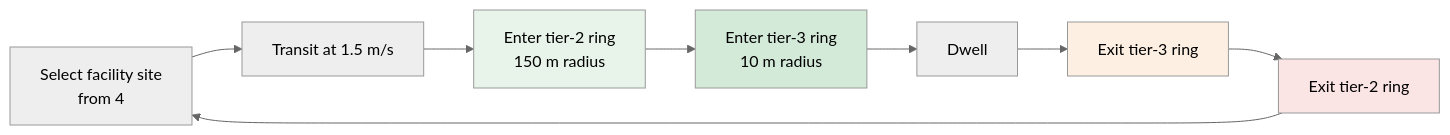
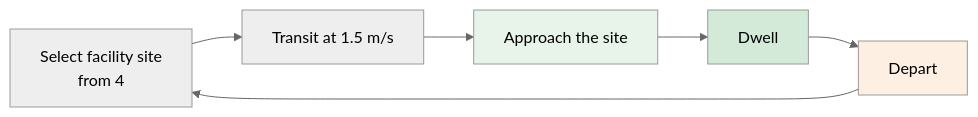
The first of 4 diagrams in Simulation.md (YKushal-hub/ca-tbl-localization), drawn with Mermaid (neutral theme) before and after one commit. The commit also changed other lines of this file and 3 other files, not shown here.

````diff
--- a/Simulation.md
+++ b/Simulation.md
@@ -104,14 +127,11 @@
 ```mermaid
 flowchart LR
     A["Select facility site<br/>from 4"] --> B["Transit at 1.5 m/s"]
-    B --> C["Enter tier-2 ring<br/>150 m radius"]
-    C --> D["Enter tier-3 ring<br/>10 m radius"]
-    D --> E["Dwell"]
-    E --> F["Exit tier-3 ring"]
-    F --> G["Exit tier-2 ring"]
+    B --> C["Approach the site"]
+    C --> E["Dwell"]
+    E --> G["Depart"]
     G --> A
     style C fill:#e8f4ea
-    style D fill:#d4ead9
-    style F fill:#fdf0e3
-    style G fill:#fbe4e4
+    style E fill:#d4ead9
+    style G fill:#fdf0e3
 ```
````
